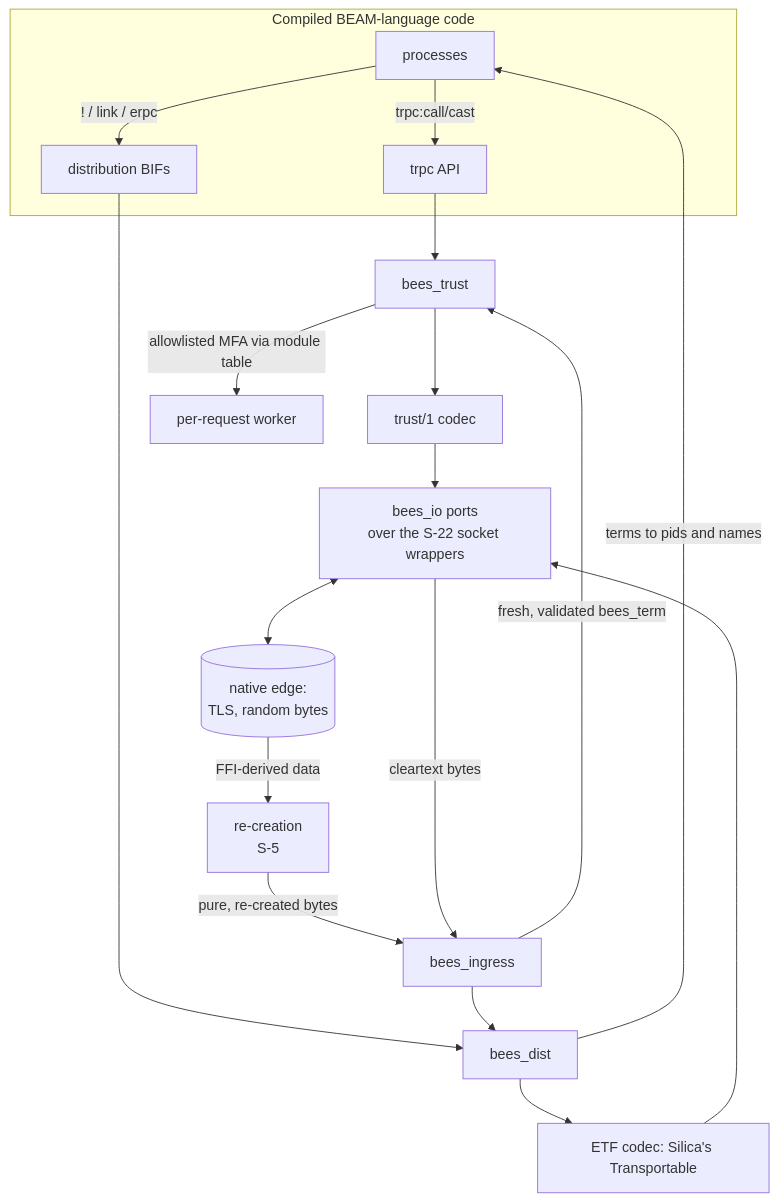
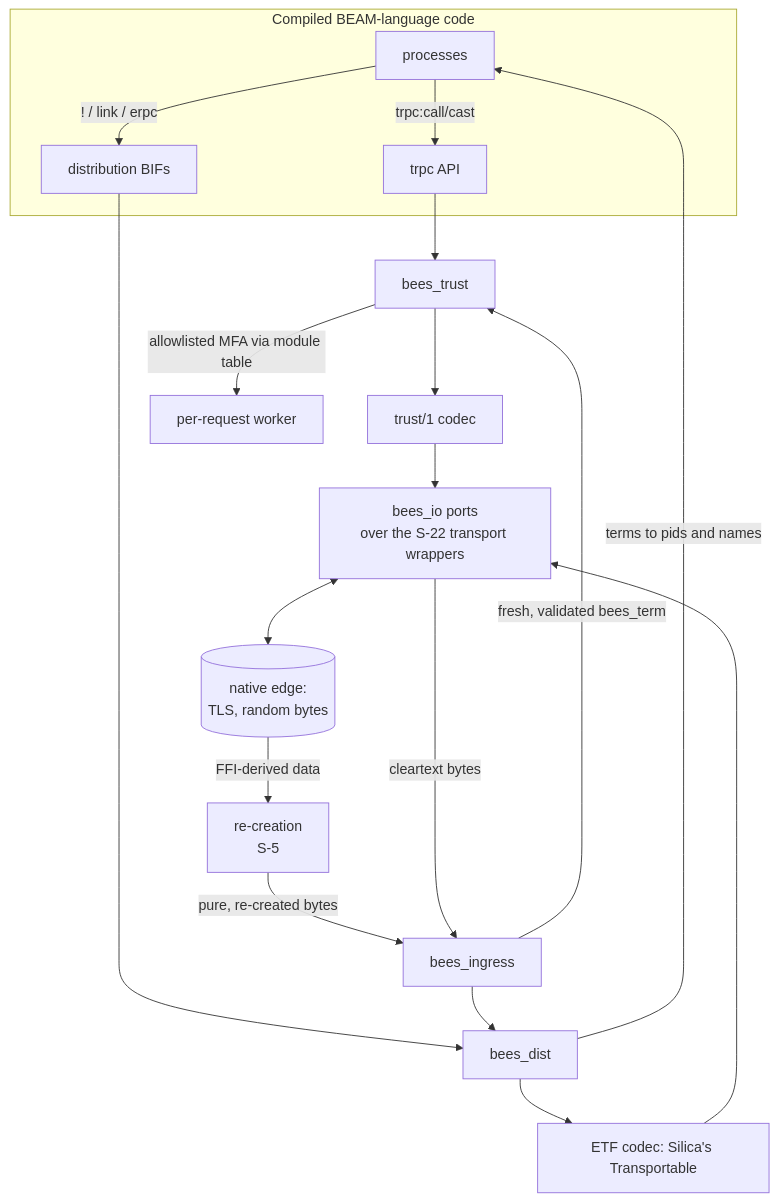
One commit to Silica-Language-and-Compiler/project-bees changed the first of 2 diagrams in development-plan/inter-nodal-modes.md. Above: the diagram before and after it, drawn with Mermaid. The commit also changed other lines of this file and 9 other files, not shown here.

Commit message:
Docs: say transport, not socket (mvp.md left for the M2 work)

````diff
--- a/development-plan/inter-nodal-modes.md
+++ b/development-plan/inter-nodal-modes.md
@@ -38,21 +38,21 @@
 ```mermaid
 graph TD
   subgraph "Compiled BEAM-language code"
     APP[processes] -->|trpc:call/cast| TRPC[trpc API]
     APP -->|"! / link / erpc"| DBIF[distribution BIFs]
   end
   TRPC --> TR[bees_trust]
   DBIF --> DI[bees_dist]
   TR --> TCODEC[trust/1 codec]
   DI --> CODEC[ETF codec: Silica's Transportable]
-  TCODEC --> IO[bees_io ports<br/>over the S-22 socket wrappers]
+  TCODEC --> IO[bees_io ports<br/>over the S-22 transport wrappers]
   CODEC --> IO
   IO <--> EDGE[(native edge:<br/>TLS, random bytes)]
   EDGE -->|FFI-derived data| RC[re-creation<br/>S-5]
   RC -->|pure, re-created bytes| GATE[bees_ingress]
   IO -->|cleartext bytes| GATE
   GATE -->|fresh, validated bees_term| TR
   GATE --> DI
   TR -->|allowlisted MFA via module table| W[per-request worker]
   DI -->|terms to pids and names| APP
 ```
````
